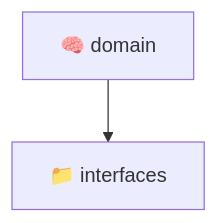
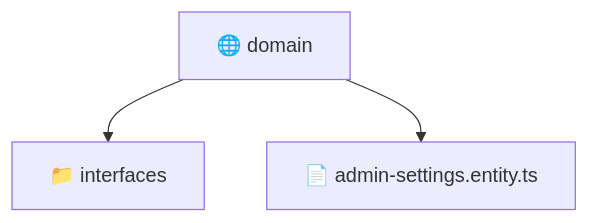
One commit to beginwebdev2002/fullstack-mavluda changed the diagram in backend/src/modules/admin-settings/domain/README.md. Above: the diagram before and after it, drawn with Mermaid. The commit also changed other lines of this file and 157 other files, not shown here.

First line of the commit message:
docs: generate localized readmes for architectural transparency

````diff
--- a/backend/src/modules/admin-settings/domain/README.md
+++ b/backend/src/modules/admin-settings/domain/README.md
@@ -9,5 +11,6 @@
 ```mermaid
 graph TD
-  domain["🧠 domain"]
-  domain --> interfaces["📁 interfaces"]
+  domain["🌐 domain"]
+  domain --> domain_interfaces["📁 interfaces"]
+  domain --> domain_admin_settings_entity_ts["📄 admin-settings.entity.ts"]
 ```
````
